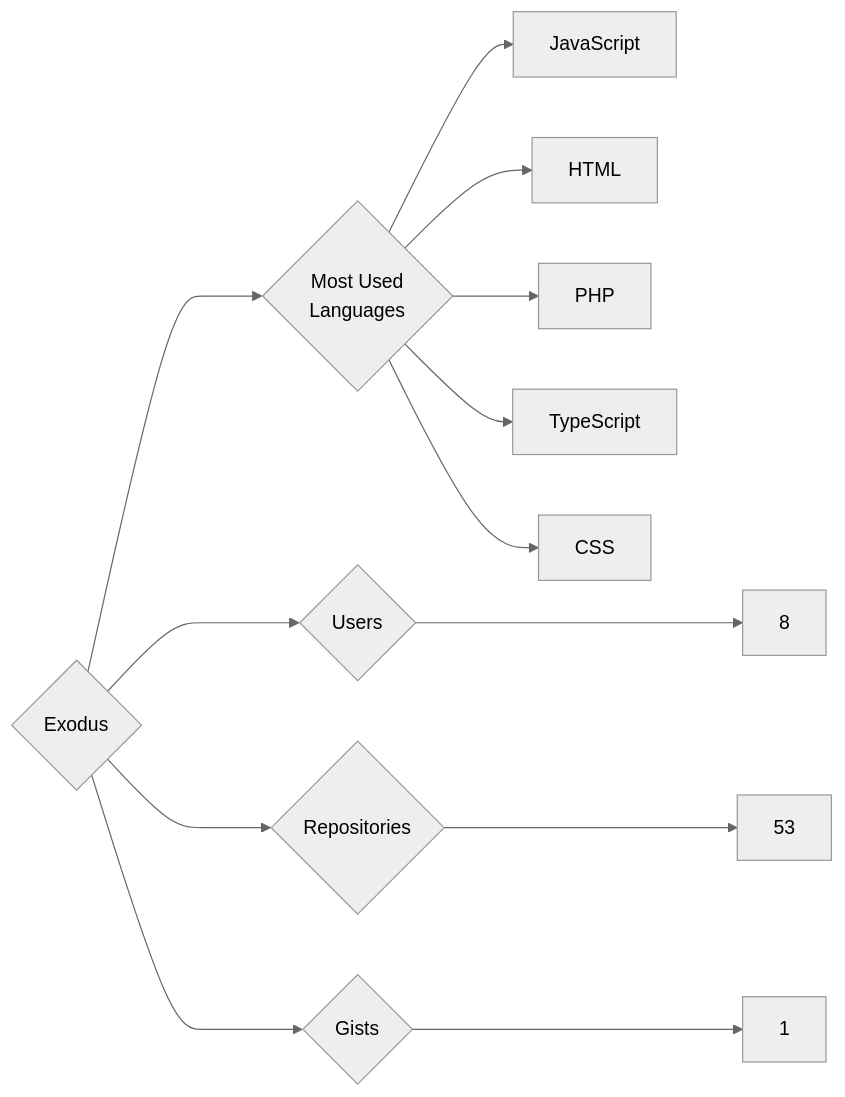
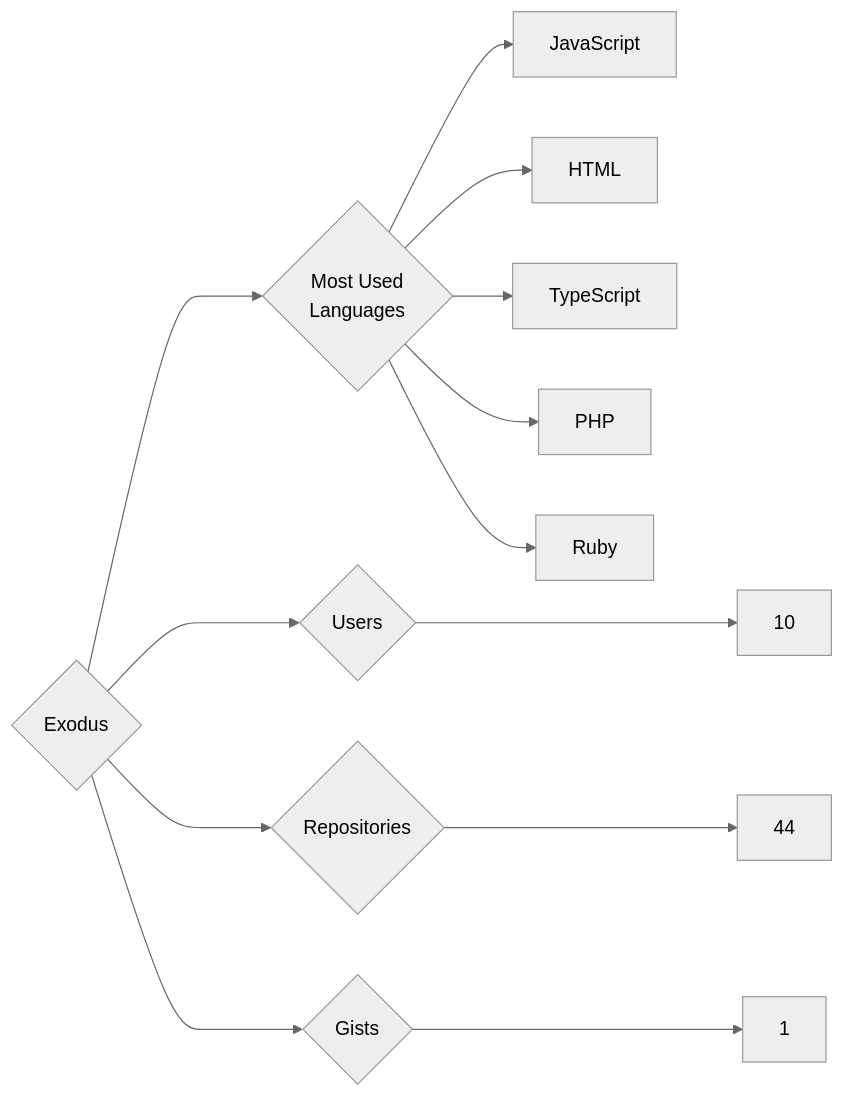
Before and after one commit to trickest/insiders: the diagram in targets/Exodus/README.md, drawn with Mermaid (neutral theme). The commit also changed 935 other files, not shown here.

````diff
--- a/targets/Exodus/README.md
+++ b/targets/Exodus/README.md
@@ -3,13 +3,13 @@
 ```mermaid
 graph LR
 COMPANY_NAME{Exodus}
-COMPANY_NAME ---> U{Users} ---> UN[8]
-COMPANY_NAME ---> R{Repositories} ---> RN[53]
+COMPANY_NAME ---> U{Users} ---> UN[10]
+COMPANY_NAME ---> R{Repositories} ---> RN[44]
 COMPANY_NAME ---> G{Gists} ---> GN[1]
 COMPANY_NAME ---> ML{Most Used<br>Languages}
 ML --> JavaScript[JavaScript]
 ML --> HTML[HTML]
+ML --> TypeScript[TypeScript]
 ML --> PHP[PHP]
-ML --> TypeScript[TypeScript]
-ML --> CSS[CSS]
+ML --> Ruby[Ruby]
 ```
````
